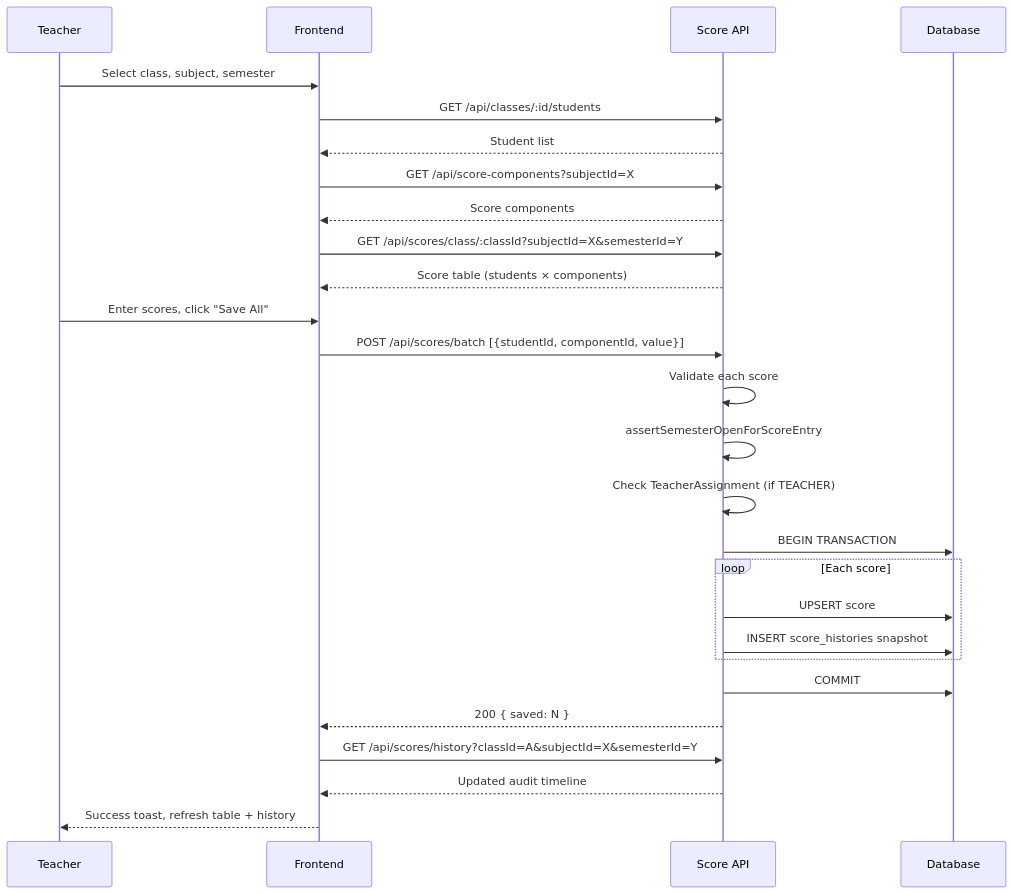
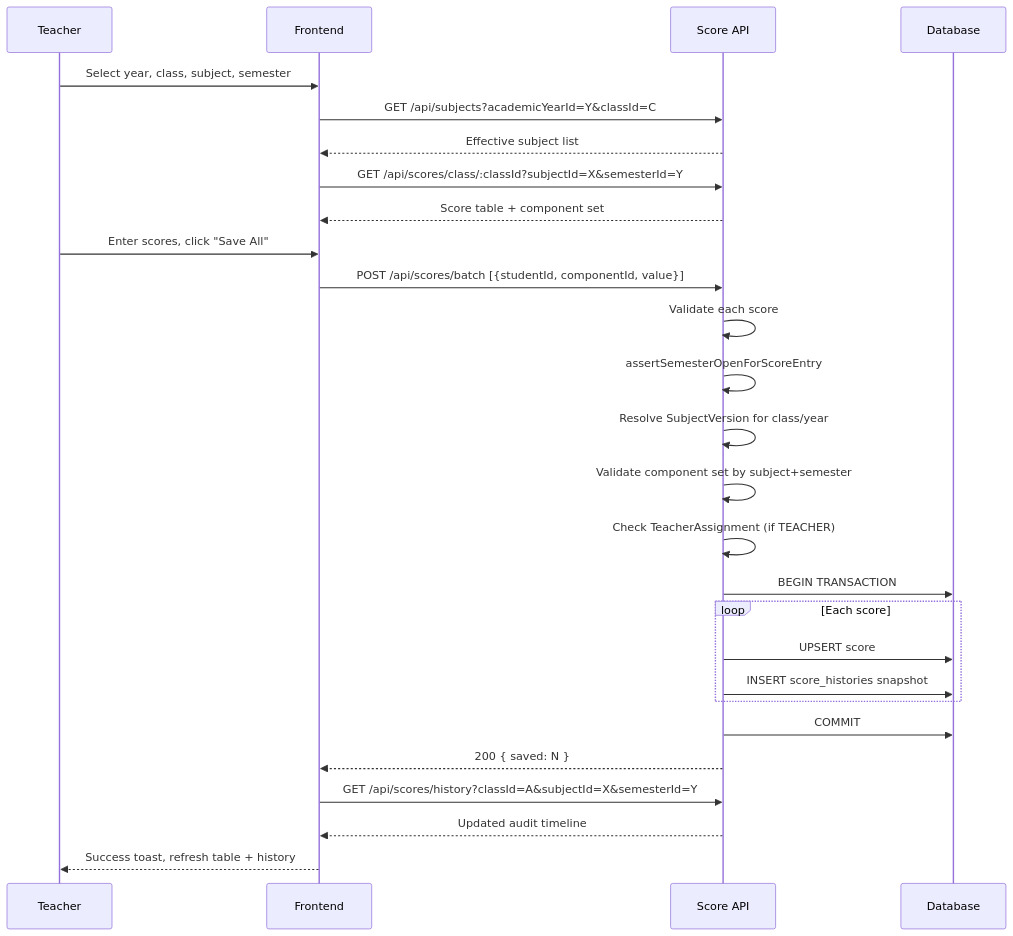
Before and after one commit to haidonglethqb/CloudSchool: the diagram in docs/system/data-flows/score-entry-flow.md, drawn with Mermaid. The commit also changed other lines of this file and 32 other files, not shown here.

````diff
--- a/docs/system/data-flows/score-entry-flow.md
+++ b/docs/system/data-flows/score-entry-flow.md
@@ -34,30 +36,30 @@
 ```mermaid
 sequenceDiagram
     participant T as Teacher
     participant F as Frontend
     participant S as Score API
     participant D as Database
 
-    T->>F: Select class, subject, semester
-    F->>S: GET /api/classes/:id/students
-    S-->>F: Student list
-    F->>S: GET /api/score-components?subjectId=X
-    S-->>F: Score components
+    T->>F: Select year, class, subject, semester
+    F->>S: GET /api/subjects?academicYearId=Y&classId=C
+    S-->>F: Effective subject list
     F->>S: GET /api/scores/class/:classId?subjectId=X&semesterId=Y
-    S-->>F: Score table (students × components)
+    S-->>F: Score table + component set
     T->>F: Enter scores, click "Save All"
     F->>S: POST /api/scores/batch [{studentId, componentId, value}]
     S->>S: Validate each score
     S->>S: assertSemesterOpenForScoreEntry
+    S->>S: Resolve SubjectVersion for class/year
+    S->>S: Validate component set by subject+semester
     S->>S: Check TeacherAssignment (if TEACHER)
     S->>D: BEGIN TRANSACTION
     loop Each score
         S->>D: UPSERT score
       S->>D: INSERT score_histories snapshot
     end
     S->>D: COMMIT
     S-->>F: 200 { saved: N }
     F->>S: GET /api/scores/history?classId=A&subjectId=X&semesterId=Y
     S-->>F: Updated audit timeline
     F-->>T: Success toast, refresh table + history
 ```
````
